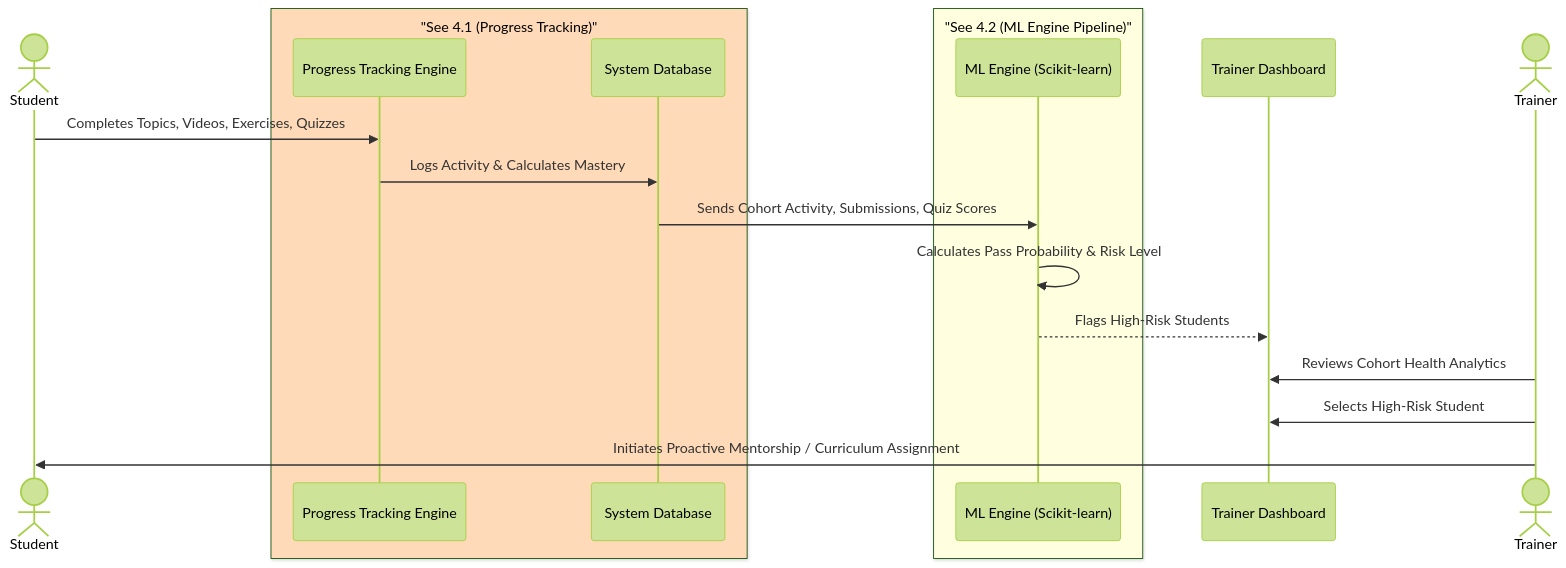
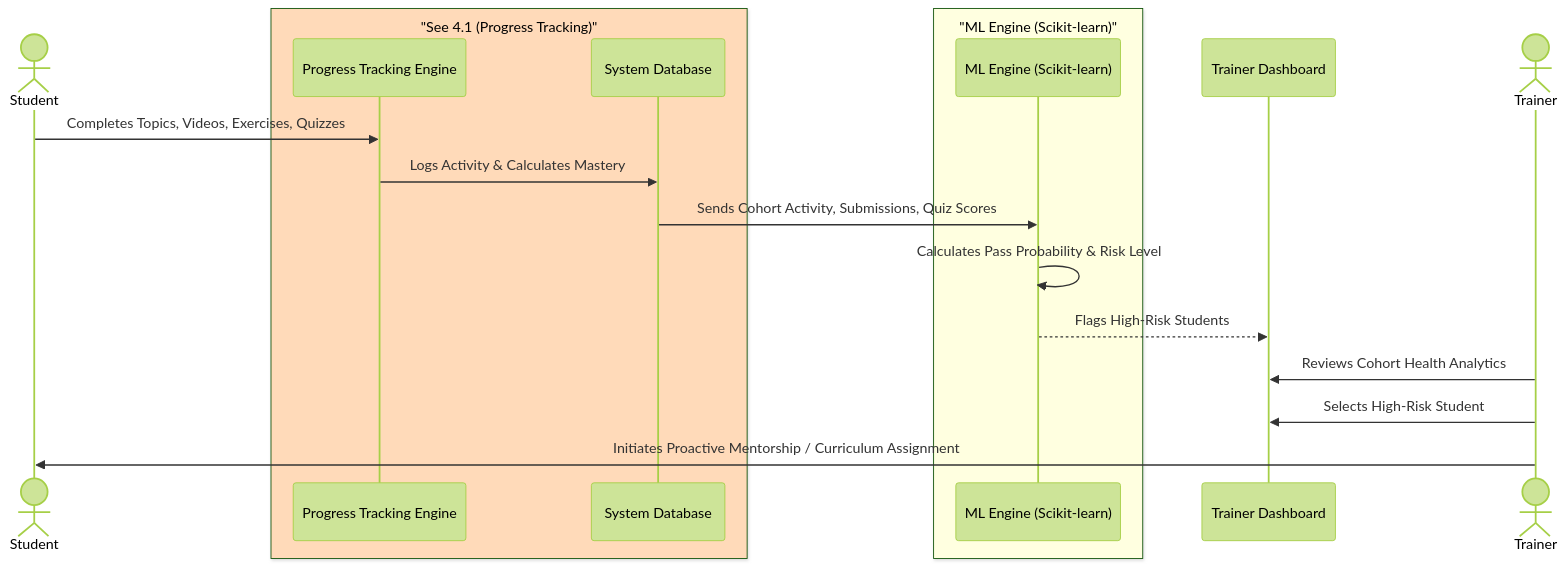
Diagram 14 of 24 in README.md (suyash-rgb/JS-Mentor), drawn with Mermaid (forest theme) before and after one commit. The commit also changed other lines of this file and 2 other files, not shown here.

First line of the commit message:
docs: consolidate and update ML architecture (#55)

````diff
--- a/README.md
+++ b/README.md
@@ -584,25 +550,25 @@
 ```mermaid
 sequenceDiagram
     actor S as Student
     
     box PeachPuff "See 4.1 (Progress Tracking)"
     participant PT as Progress Tracking Engine
     participant DB as System Database
     end
     
-    box LightYellow "See 4.2 (ML Engine Pipeline)"
+    box LightYellow "ML Engine (Scikit-learn)"
     participant ML as ML Engine (Scikit-learn)
     end
     
     participant Dashboard as Trainer Dashboard
     actor T as Trainer
 
     S->>PT: Completes Topics, Videos, Exercises, Quizzes
     PT->>DB: Logs Activity & Calculates Mastery
     DB->>ML: Sends Cohort Activity, Submissions, Quiz Scores
     ML->>ML: Calculates Pass Probability & Risk Level
     ML-->>Dashboard: Flags High-Risk Students
     T->>Dashboard: Reviews Cohort Health Analytics
     T->>Dashboard: Selects High-Risk Student
     T->>S: Initiates Proactive Mentorship / Curriculum Assignment
 ```
````
